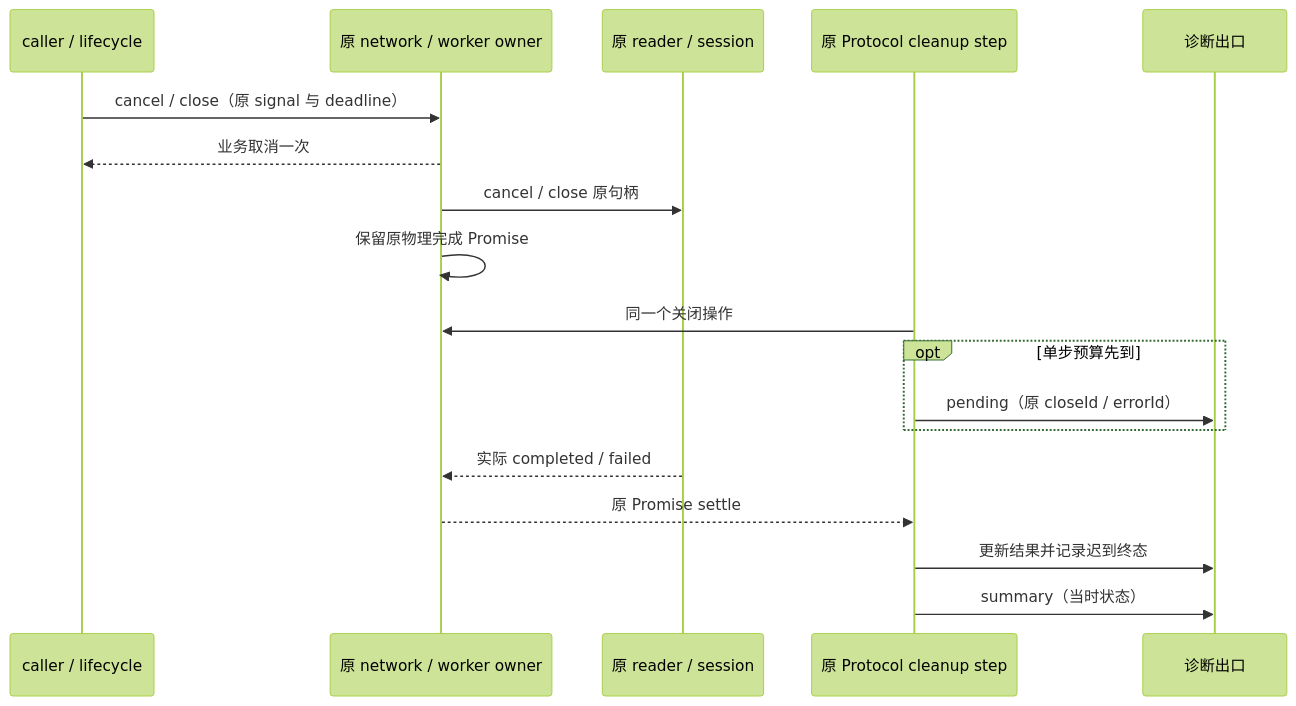
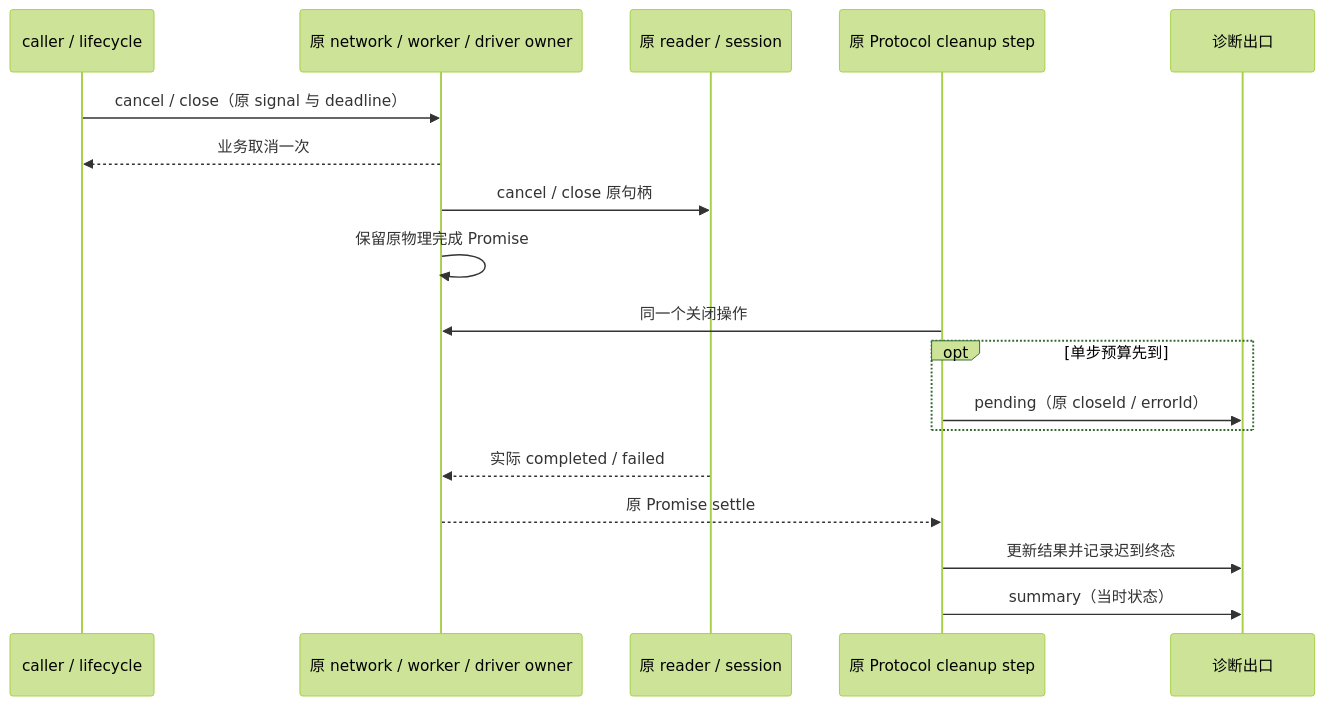
The diagram in specs/http2-systematic-recheck-2026-10-15.md (lemon-casino/LemonCode), drawn with Mermaid (forest theme) before and after one commit. The commit also changed other lines of this file and 1 other file, not shown here.

Commit message:
docs(network): record verified systemic recheck and remaining deployment scope

````diff
--- a/specs/http2-systematic-recheck-2026-10-15.md
+++ b/specs/http2-systematic-recheck-2026-10-15.md
@@ -18,20 +18,20 @@
 ```mermaid
 sequenceDiagram
     participant C as caller / lifecycle
-    participant N as 原 network / worker owner
+    participant N as 原 network / worker / driver owner
     participant R as 原 reader / session
     participant P as 原 Protocol cleanup step
     participant L as 诊断出口
     C->>N: cancel / close（原 signal 与 deadline）
     N-->>C: 业务取消一次
     N->>R: cancel / close 原句柄
     N->>N: 保留原物理完成 Promise
     P->>N: 同一个关闭操作
     opt 单步预算先到
         P->>L: pending（原 closeId / errorId）
     end
     R-->>N: 实际 completed / failed
     N-->>P: 原 Promise settle
     P->>L: 更新结果并记录迟到终态
     P->>L: summary（当时状态）
 ```
````
